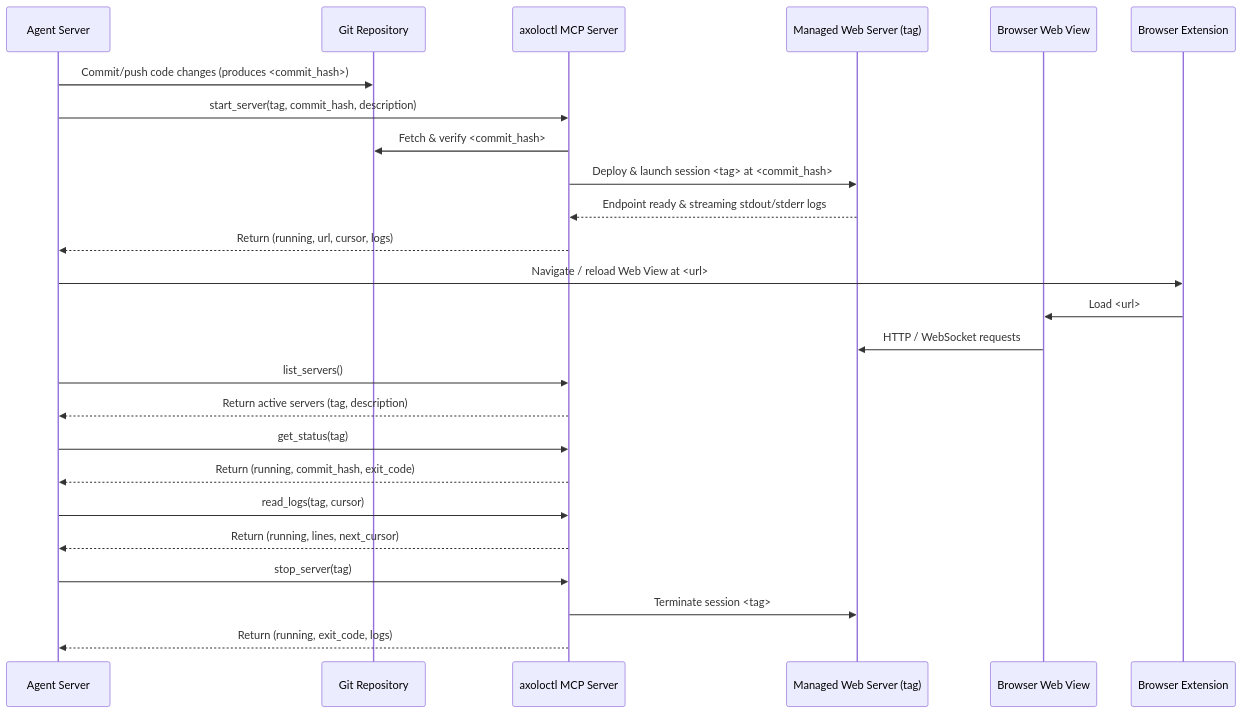
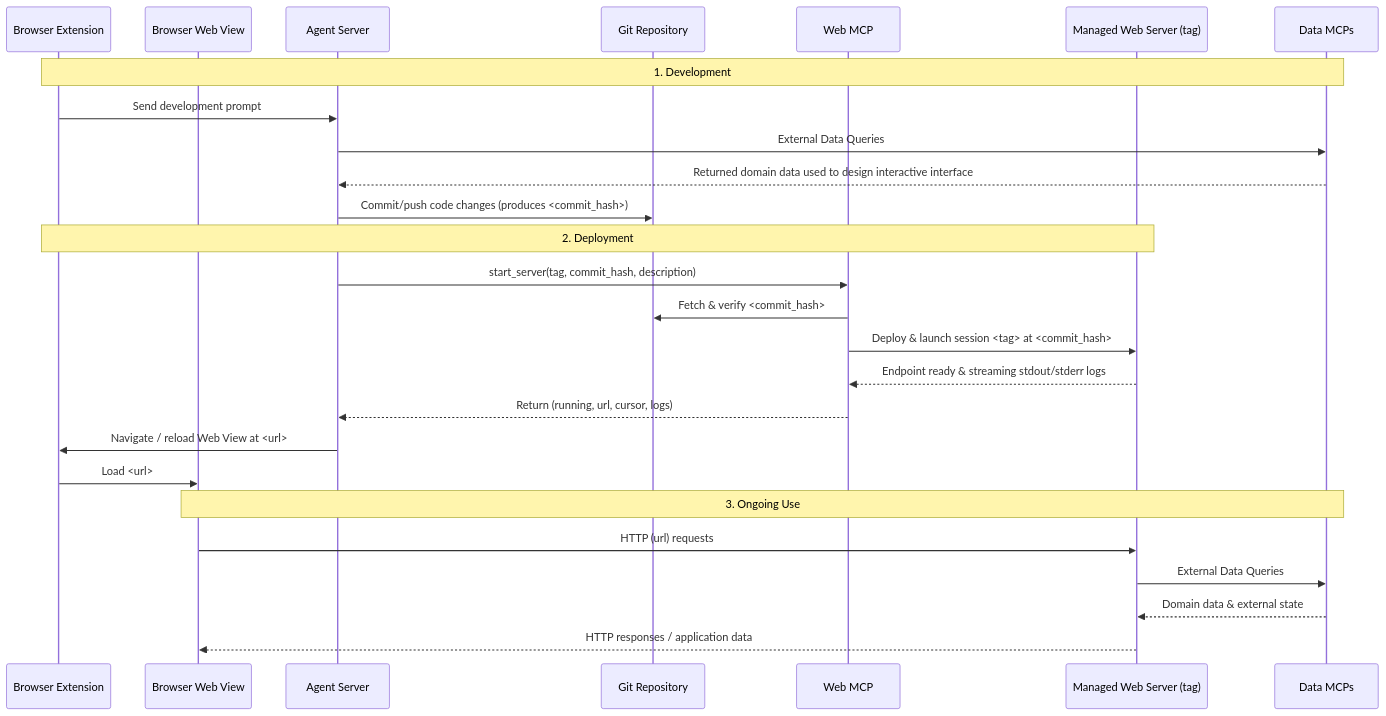
Before and after one commit to grafnu/udmi: the second of 2 diagrams in mcp/axoloctl/README.md, drawn with Mermaid. The commit also changed other lines of this file, not shown here.

Commit message:
Refine Lifecycle Workflow into Development, Deployment, and Ongoing Use

````diff
--- a/mcp/axoloctl/README.md
+++ b/mcp/axoloctl/README.md
@@ -93,28 +94,31 @@
 ```mermaid
 sequenceDiagram
+  participant Ext as Browser Extension
+  participant View as Browser Web View
   participant Agent as Agent Server
   participant Git as Git Repository
-  participant MCP as axoloctl MCP Server
+  participant WebMCP as Web MCP
   participant Web as Managed Web Server (tag)
-  participant View as Browser Web View
-  participant Ext as Browser Extension
+  participant DataMCP as Data MCPs
 
+  Note over Ext, DataMCP: 1. Development
+  Ext->>Agent: Send development prompt
+  Agent->>DataMCP: External Data Queries
+  DataMCP-->>Agent: Returned domain data used to design interactive interface
   Agent->>Git: Commit/push code changes (produces <commit_hash>)
-  Agent->>MCP: start_server(tag, commit_hash, description)
-  MCP->>Git: Fetch & verify <commit_hash>
-  MCP->>Web: Deploy & launch session <tag> at <commit_hash>
-  Web-->>MCP: Endpoint ready & streaming stdout/stderr logs
-  MCP-->>Agent: Return (running, url, cursor, logs)
+
+  Note over Ext, Web: 2. Deployment
+  Agent->>WebMCP: start_server(tag, commit_hash, description)
+  WebMCP->>Git: Fetch & verify <commit_hash>
+  WebMCP->>Web: Deploy & launch session <tag> at <commit_hash>
+  Web-->>WebMCP: Endpoint ready & streaming stdout/stderr logs
+  WebMCP-->>Agent: Return (running, url, cursor, logs)
   Agent->>Ext: Navigate / reload Web View at <url>
   Ext->>View: Load <url>
-  View->>Web: HTTP / WebSocket requests
-  Agent->>MCP: list_servers()
-  MCP-->>Agent: Return active servers (tag, description)
-  Agent->>MCP: get_status(tag)
-  MCP-->>Agent: Return (running, commit_hash, exit_code)
-  Agent->>MCP: read_logs(tag, cursor)
-  MCP-->>Agent: Return (running, lines, next_cursor)
-  Agent->>MCP: stop_server(tag)
-  MCP->>Web: Terminate session <tag>
-  MCP-->>Agent: Return (running, exit_code, logs)
+
+  Note over View, DataMCP: 3. Ongoing Use
+  View->>Web: HTTP (url) requests
+  Web->>DataMCP: External Data Queries
+  DataMCP-->>Web: Domain data & external state
+  Web-->>View: HTTP responses / application data
 ```
````
